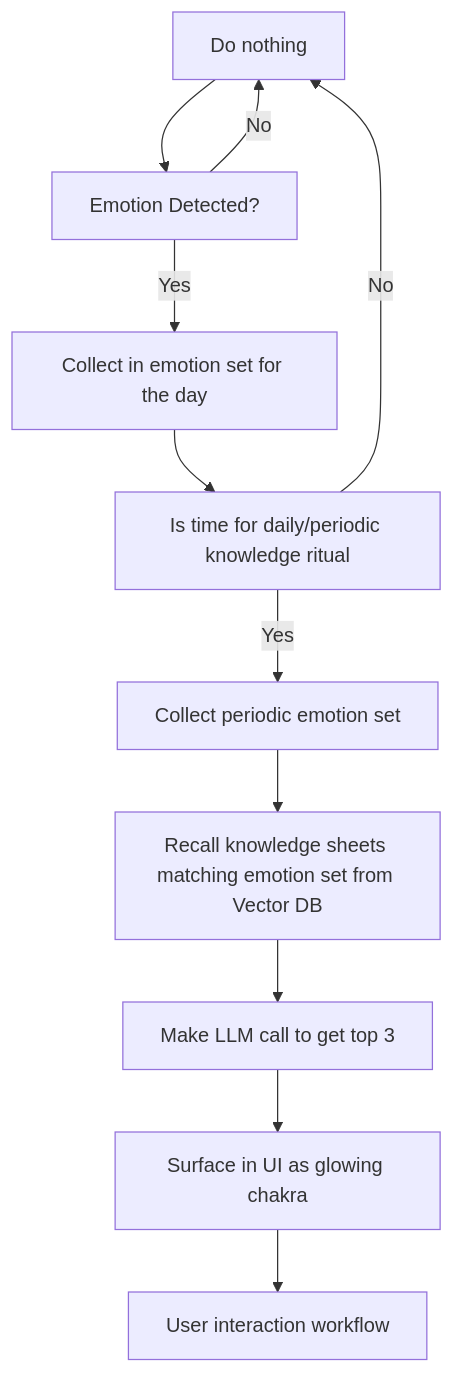
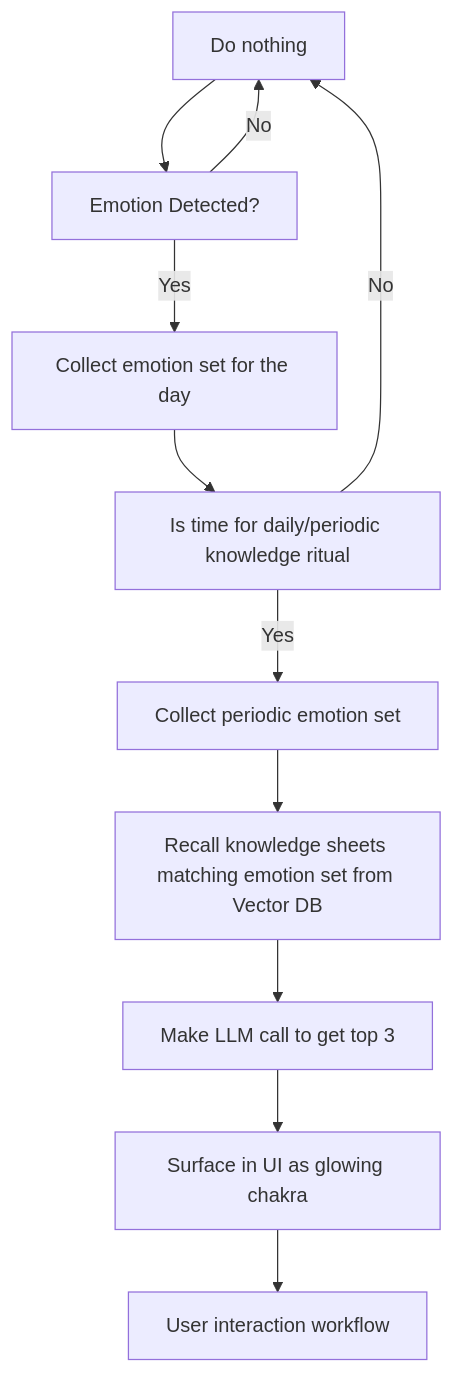
One commit to parags/swadhyaya changed the diagram in README.md. Above: the diagram before and after it, drawn with Mermaid. The commit also changed other lines of this file and 1250 other files, not shown here.

````diff
--- a/README.md
+++ b/README.md
@@ -16,13 +16,13 @@
 ```mermaid
-flowchart TD
+flowchart
     A[Data collection from Apple Watch] --> B[Emotion Detected?]
-    B --Yes --> C[Collect in emotion set for the day]
+    B --Yes --> C[Collect emotion set for the day]
     B --No --> A[Do Nothing]
     C --> D[Is time for daily/periodic knowledge ritual]  
     D --Yes --> E[Collect periodic emotion set]
     D --No --> A[Do nothing]
     E --> F[Recall knowledge sheets matching emotion set from Vector DB]
     F --> G[Make LLM call to get top 3]
     G --> H[Surface in UI as glowing chakra]
     H --> I[User interaction workflow]
 ```
````
